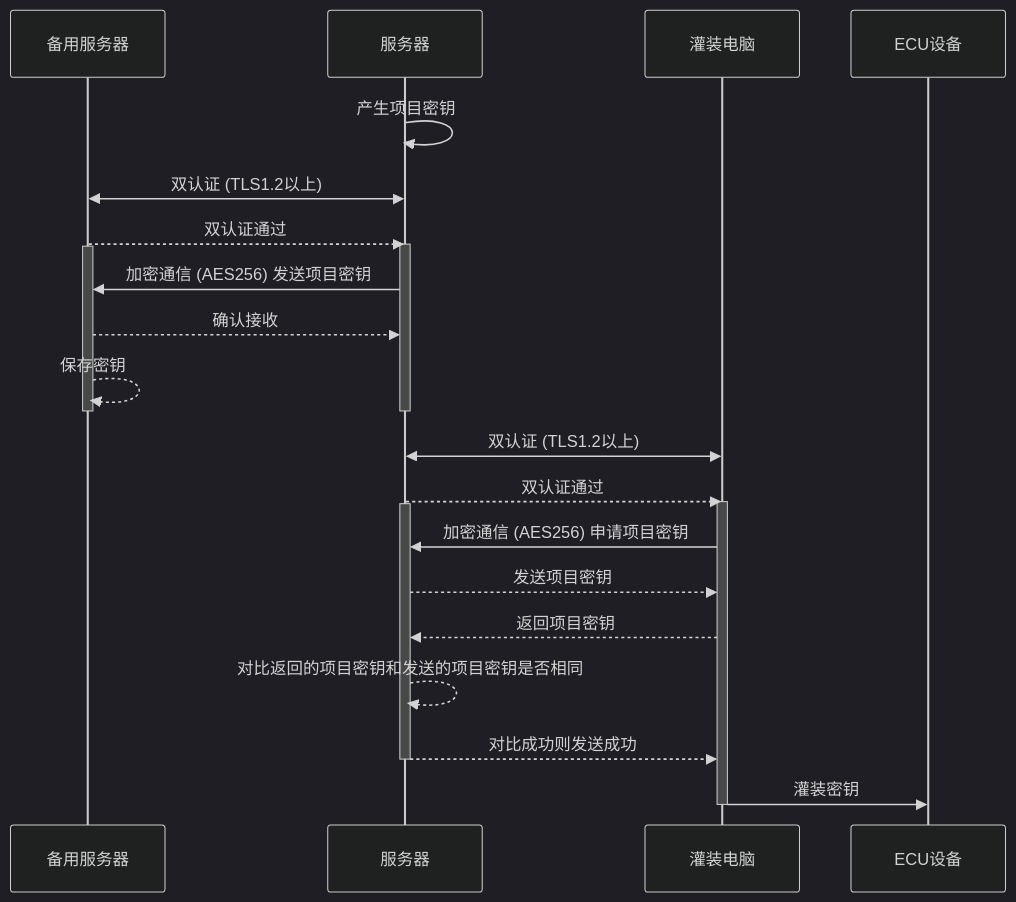
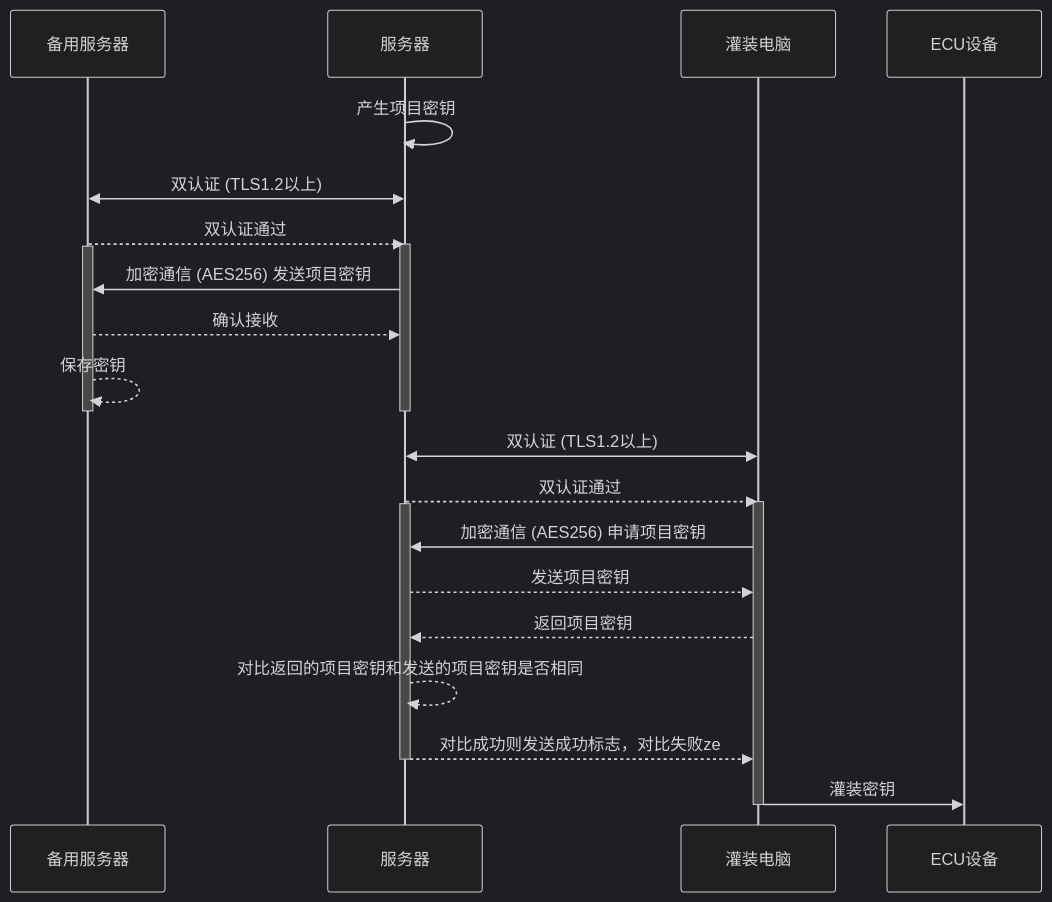
The diagram in all/未命名-10.md (facebook-cloud/iodraw-files), drawn with Mermaid (dark theme) before and after one commit.

Commit message:
2026-01-15 11:02:12 update

````diff
--- a/all/未命名-10.md
+++ b/all/未命名-10.md
@@ -1,32 +1,32 @@
 ```mermaid
 sequenceDiagram
     participant B as 备用服务器
     participant A as 服务器
     participant C as 灌装电脑
     participant D as ECU设备
 
     A->>A: 产生项目密钥
     A<<->>B: 双认证 (TLS1.2以上)
     B-->>A: 双认证通过
     activate A
     activate B
     A->>B: 加密通信 (AES256) 发送项目密钥
     B-->>A: 确认接收
     B-->>B: 保存密钥
     deactivate B
     deactivate A
 
     C<<->>A: 双认证 (TLS1.2以上)
     A-->>C: 双认证通过
     activate C
     activate A
     C->>A: 加密通信 (AES256) 申请项目密钥
     A-->>C: 发送项目密钥
     C-->>A: 返回项目密钥
     A-->>A: 对比返回的项目密钥和发送的项目密钥是否相同
-    A-->>C: 对比成功则发送成功
+    A-->>C: 对比成功则发送成功标志，对比失败ze
     deactivate A
     C->>D: 灌装密钥
     deactivate C
 
 ```
````
